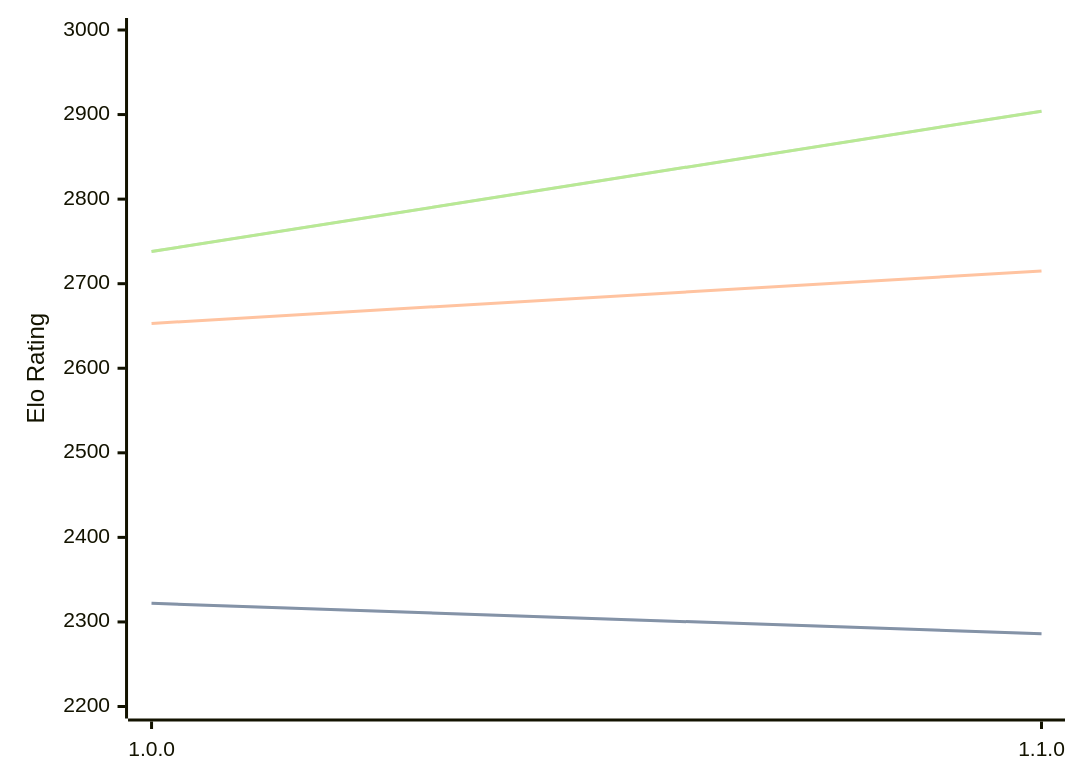
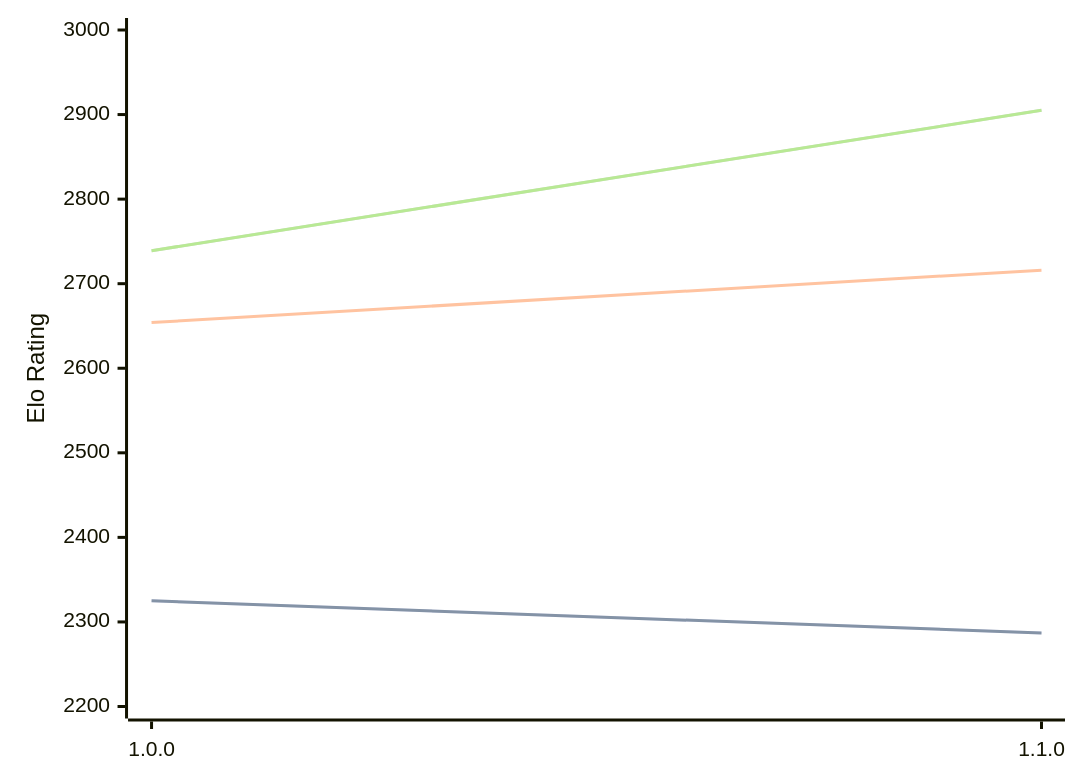
One commit to computer-chess-index/cci changed the diagram in engines/ShallowGuess.md. Above: the diagram before and after it, drawn with Mermaid. The commit also changed other lines of this file, not shown here.

Commit message:
Update CCI Ratings (ELO VLTC) - 2026-08-22

````diff
--- a/engines/ShallowGuess.md
+++ b/engines/ShallowGuess.md
@@ -32,11 +32,11 @@
 ```mermaid
 %%{init: {"theme":"base","themeVariables":{"seriesColors:['#a3a3a3','#222221','#faa371']}}}%%
 xychart-beta
   x-axis ["1.0.0", "1.1.0"]
   y-axis "Elo Rating" 2200 --> 3000
-  line "STC (8.0+0.08s)" [2322, 2286]
-  line "STC (8.0+0.08s)" [2322, 2286]
-  line "LTC (60.0+0.60s)" [2653, 2715]
-  line "VLTC (2m24s+1.12s)" [2738, 2904]
-  line "VLTC (2m24s+1.12s)" [2738, 2904]
+  line "STC (8.0+0.08s)" [2325, 2287]
+  line "STC (8.0+0.08s)" [2325, 2287]
+  line "LTC (60.0+0.60s)" [2654, 2716]
+  line "VLTC (2m24s+1.12s)" [2739, 2905]
+  line "VLTC (2m24s+1.12s)" [2739, 2905]
 ```
````
